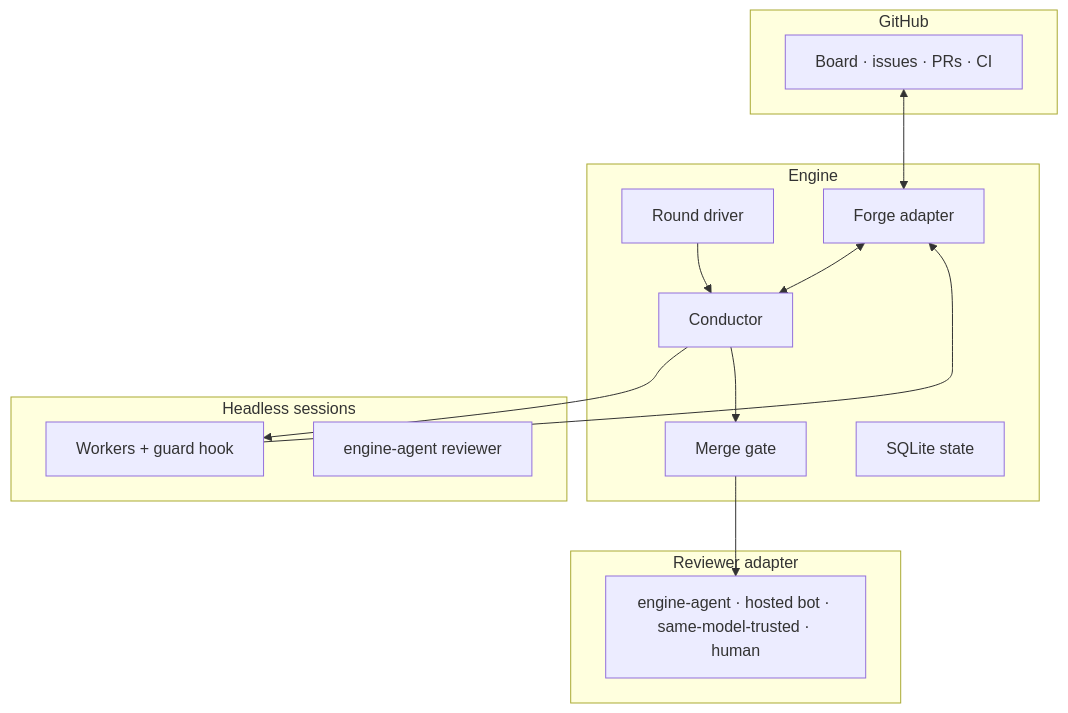
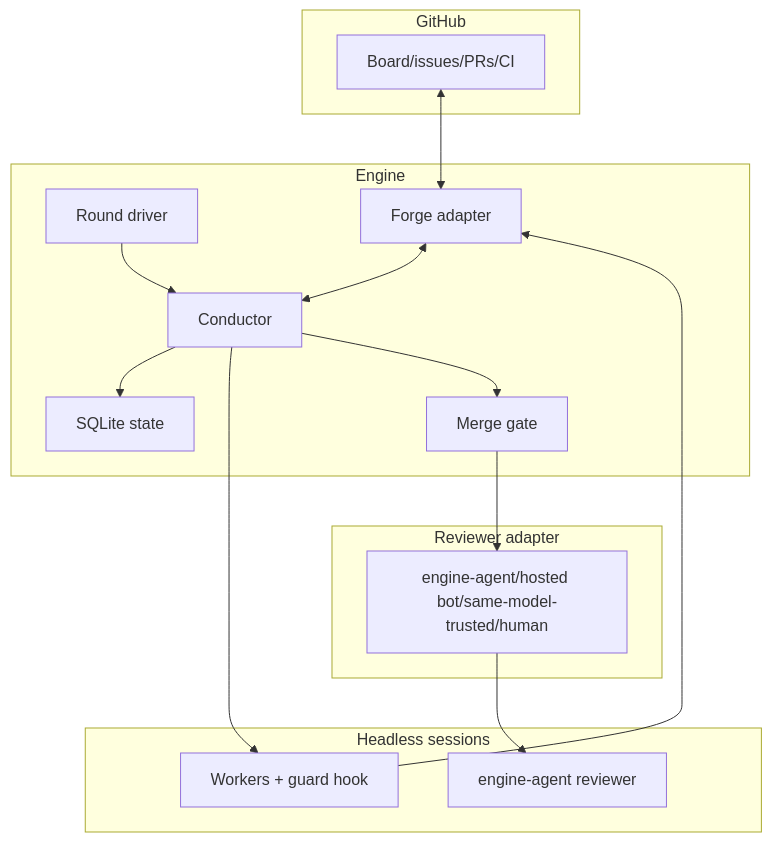
Before and after one commit to herehigher/sapwood: the second of 3 diagrams in README.md, drawn with Mermaid. The commit also changed other lines of this file and 4 other files, not shown here.

````diff
--- a/README.md
+++ b/README.md
@@ -117,27 +115,29 @@
 ```mermaid
 flowchart TB
 subgraph L1["GitHub"]
- GH["Board · issues · PRs · CI"]
+GH["Board/issues/PRs/CI"]
 end
 subgraph L2["Engine"]
- RD["Round driver"]
- CD["Conductor"]
- MG["Merge gate"]
- ST["SQLite state"]
- FA["Forge adapter"]
+RD["Round driver"]
+CD["Conductor"]
+MG["Merge gate"]
+ST["SQLite state"]
+FA["Forge adapter"]
 end
 subgraph L3["Headless sessions"]
- WK["Workers + guard hook"]
- ER["engine-agent reviewer"]
+WK["Workers + guard hook"]
+ER["engine-agent reviewer"]
 end
 subgraph L4["Reviewer adapter"]
- RA["engine-agent · hosted bot · same-model-trusted · human"]
+RA["engine-agent/hosted bot/same-model-trusted/human"]
 end
 GH <--> FA
 FA <--> CD
 RD --> CD
+CD --> ST
 CD --> WK
 WK --> FA
 CD --> MG
 MG --> RA
+RA --> ER
 ```
````
